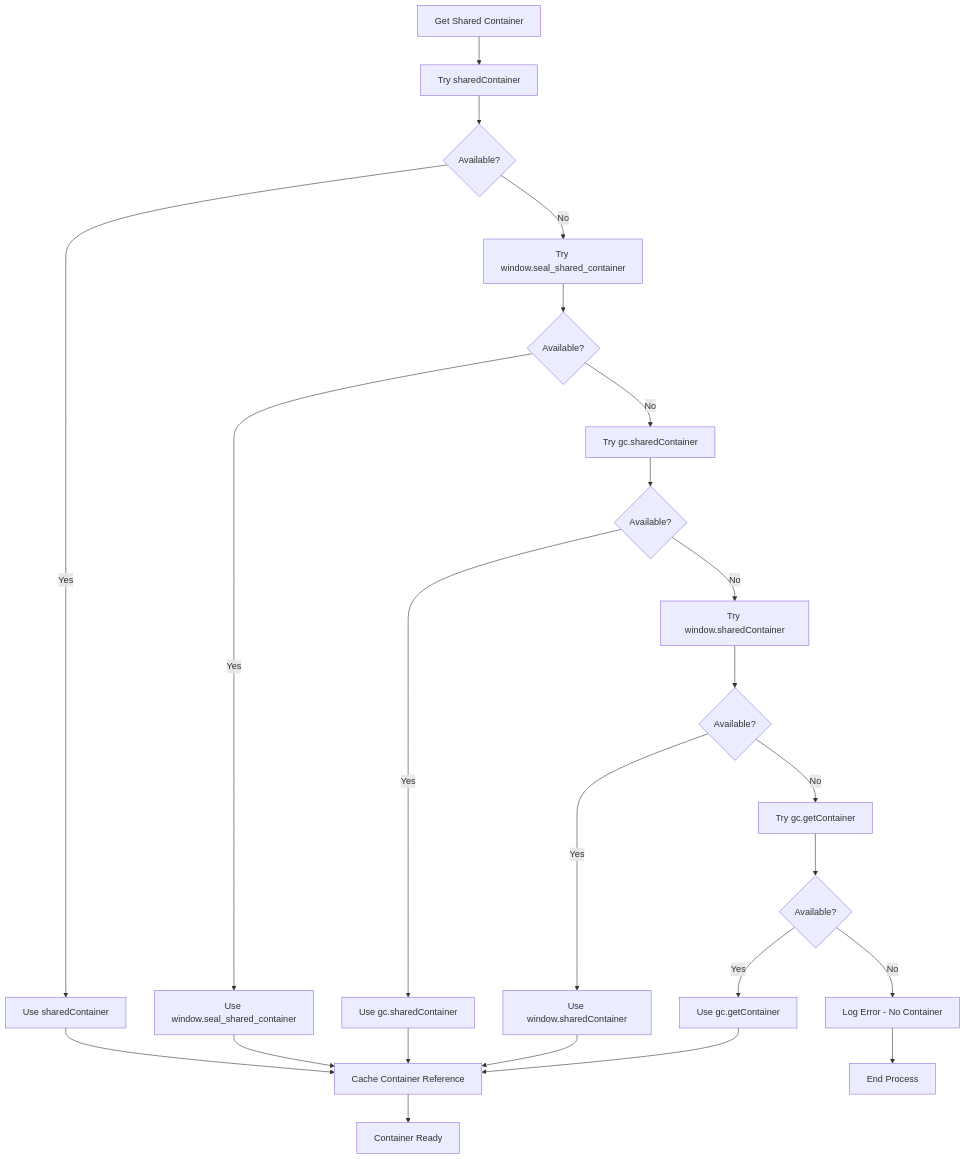
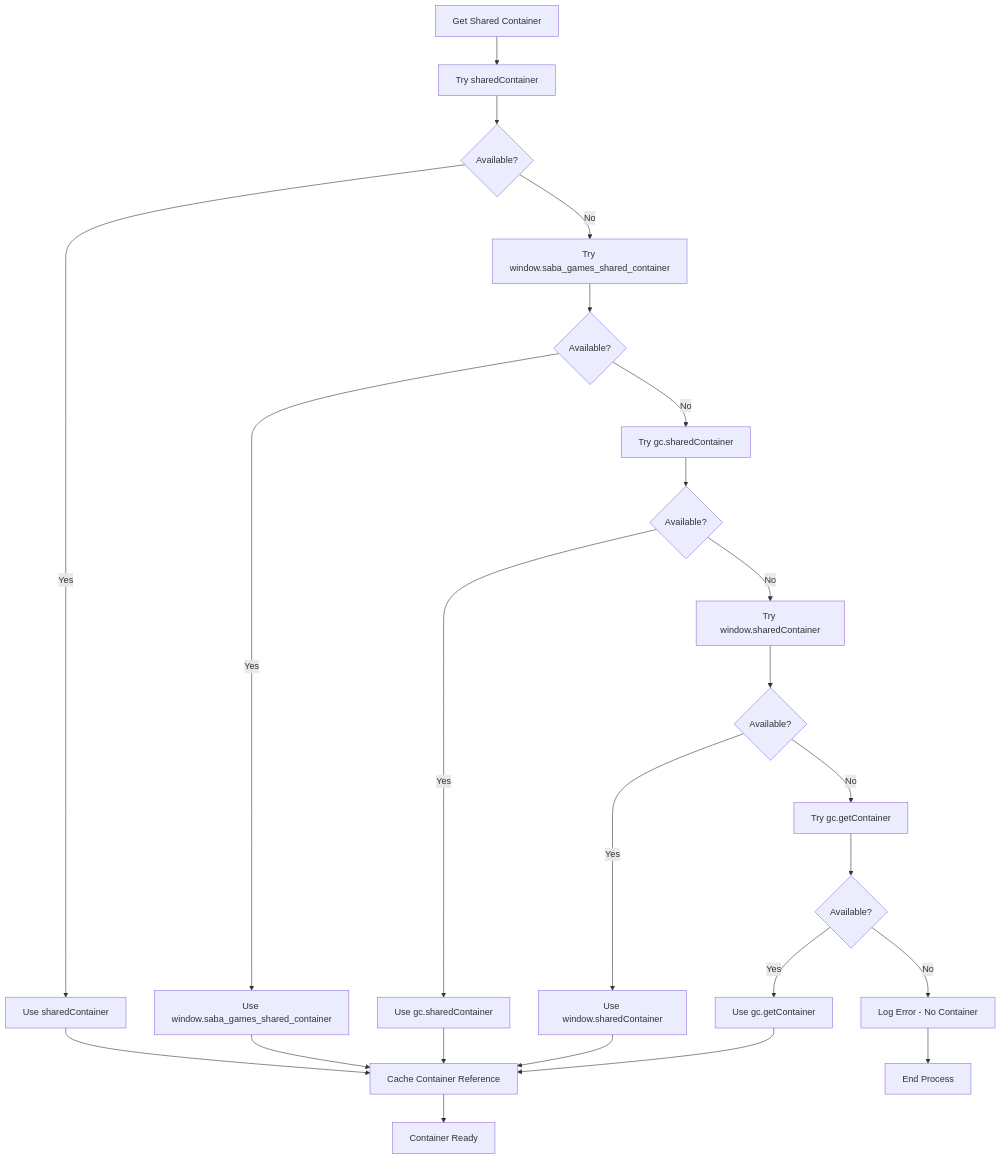
Before and after one commit to starixvn/l1_game-clients_sedie-client-demo: diagram 13 of 13 in seal-monorepo/libs/saba-games/docs/CONNECTION_MANAGER_DIAGRAMS.md, drawn with Mermaid. The commit also changed other lines of this file and 10 other files, not shown here.

Commit message:
feat: use unique term globle sharedContainer for both today page and live page

````diff
--- a/seal-monorepo/libs/saba-games/docs/CONNECTION_MANAGER_DIAGRAMS.md
+++ b/seal-monorepo/libs/saba-games/docs/CONNECTION_MANAGER_DIAGRAMS.md
@@ -404,31 +404,31 @@
 ```mermaid
 flowchart TD
     A[Get Shared Container] --> B[Try sharedContainer]
     B --> C{Available?}
     C -->|Yes| D[Use sharedContainer]
-    C -->|No| E[Try window.seal_shared_container]
+    C -->|No| E[Try window.saba_games_shared_container]
 
     E --> F{Available?}
-    F -->|Yes| G[Use window.seal_shared_container]
+    F -->|Yes| G[Use window.saba_games_shared_container]
     F -->|No| H[Try gc.sharedContainer]
 
     H --> I{Available?}
     I -->|Yes| J[Use gc.sharedContainer]
     I -->|No| K[Try window.sharedContainer]
 
     K --> L{Available?}
     L -->|Yes| M[Use window.sharedContainer]
     L -->|No| N[Try gc.getContainer]
 
     N --> O{Available?}
     O -->|Yes| P[Use gc.getContainer]
     O -->|No| Q[Log Error - No Container]
 
     D --> R[Cache Container Reference]
     G --> R
     J --> R
     M --> R
     P --> R
     Q --> S[End Process]
     R --> T[Container Ready]
 ```
````
